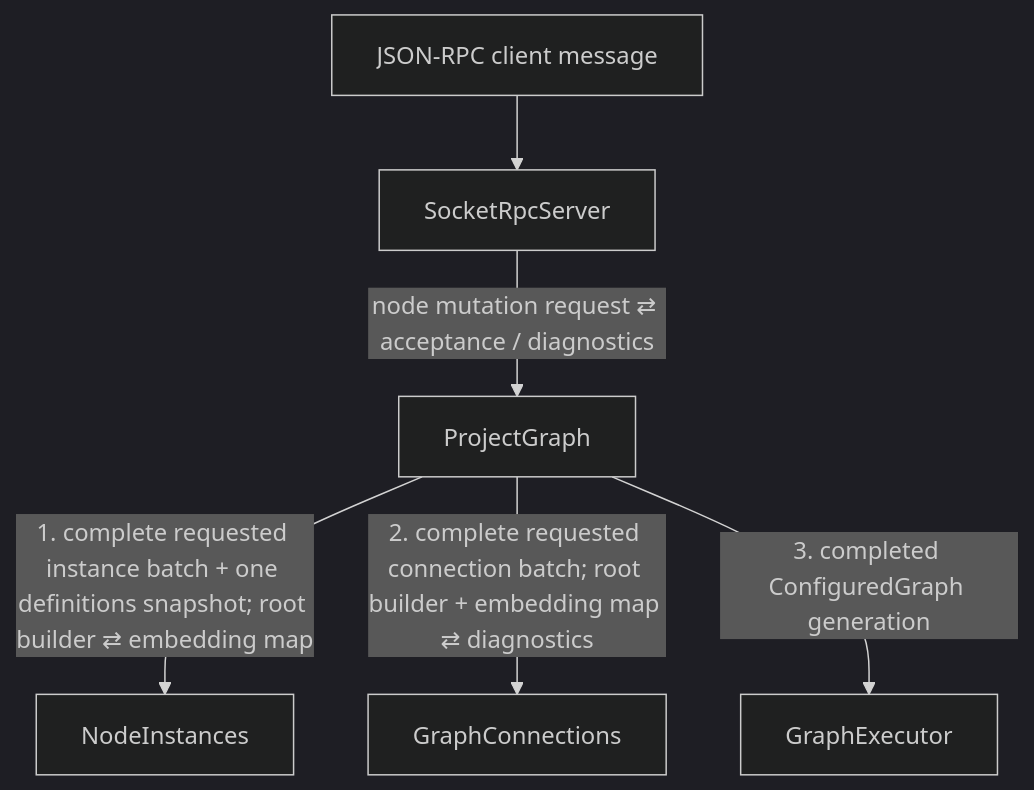
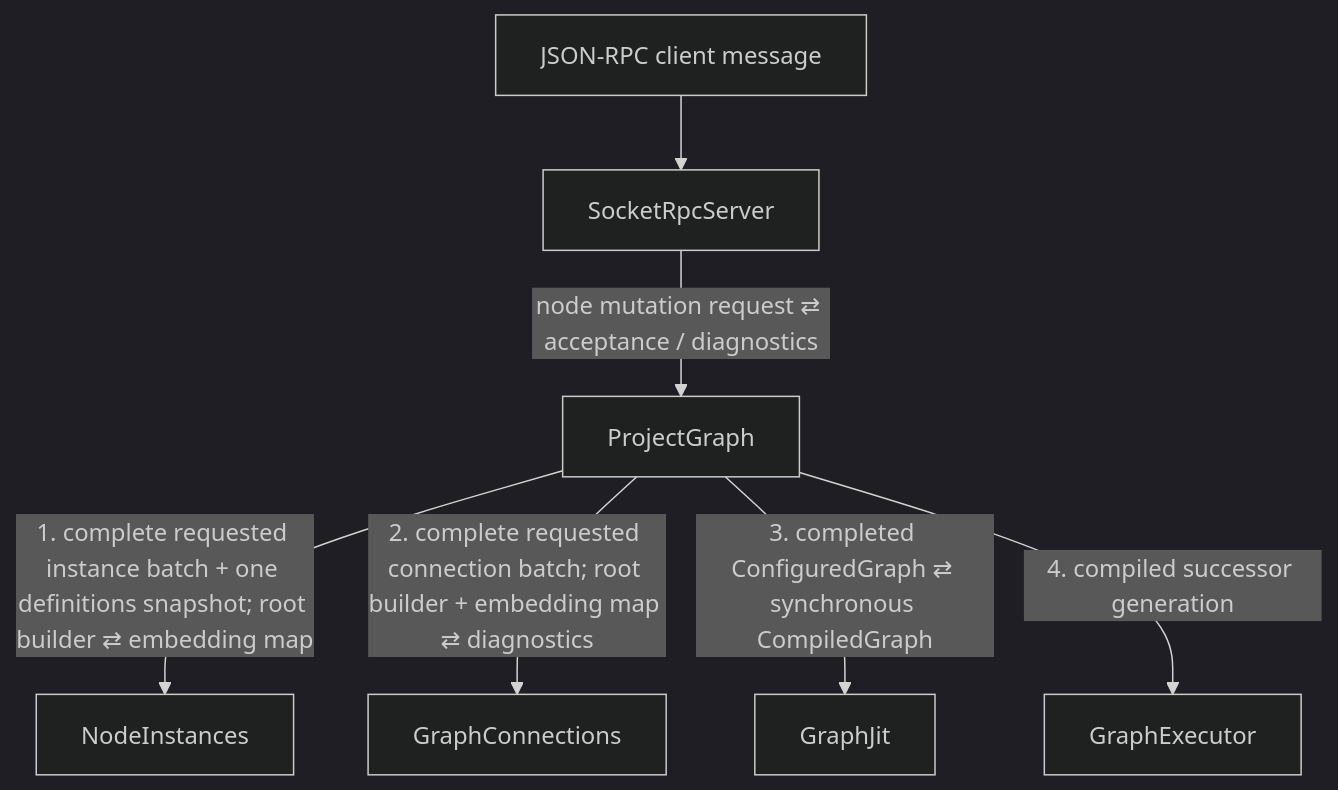
Before and after one commit to ljleb/intravenous: the diagram in docs/event_flows/user_node_mutation.md, drawn with Mermaid (dark theme). The commit also changed other lines of this file and 16 other files, not shown here.

````diff
--- a/docs/event_flows/user_node_mutation.md
+++ b/docs/event_flows/user_node_mutation.md
@@ -8,15 +8,17 @@
 ```mermaid
 flowchart TD
     SRC["JSON-RPC client message"]
     RPC["SocketRpcServer"]
     PG["ProjectGraph"]
     NI["NodeInstances"]
     GC["GraphConnections"]
+    GJ["GraphJit"]
     GE["GraphExecutor"]
 
     SRC --> RPC
     RPC -->|"node mutation request ⇄ acceptance / diagnostics"| PG
     PG -->|"1. complete requested instance batch + one definitions snapshot; root builder ⇄ embedding map"| NI
     PG -->|"2. complete requested connection batch; root builder + embedding map ⇄ diagnostics"| GC
-    PG -->|"3. completed ConfiguredGraph generation"| GE
+    PG -->|"3. completed ConfiguredGraph ⇄ synchronous CompiledGraph"| GJ
+    PG -->|"4. compiled successor generation"| GE
 ```
````
